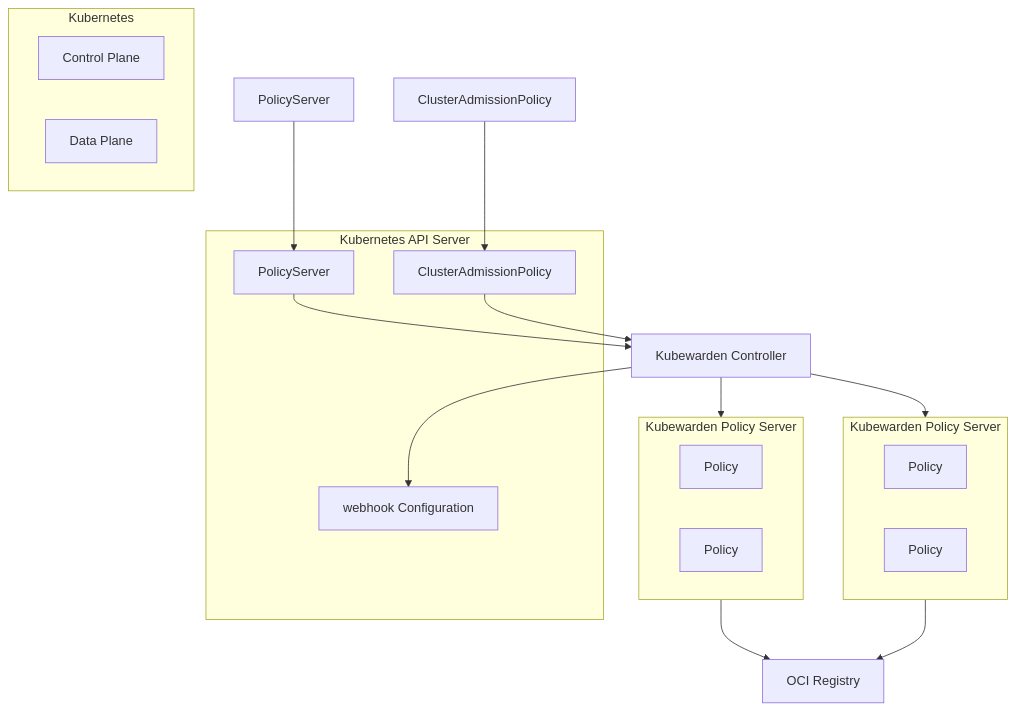
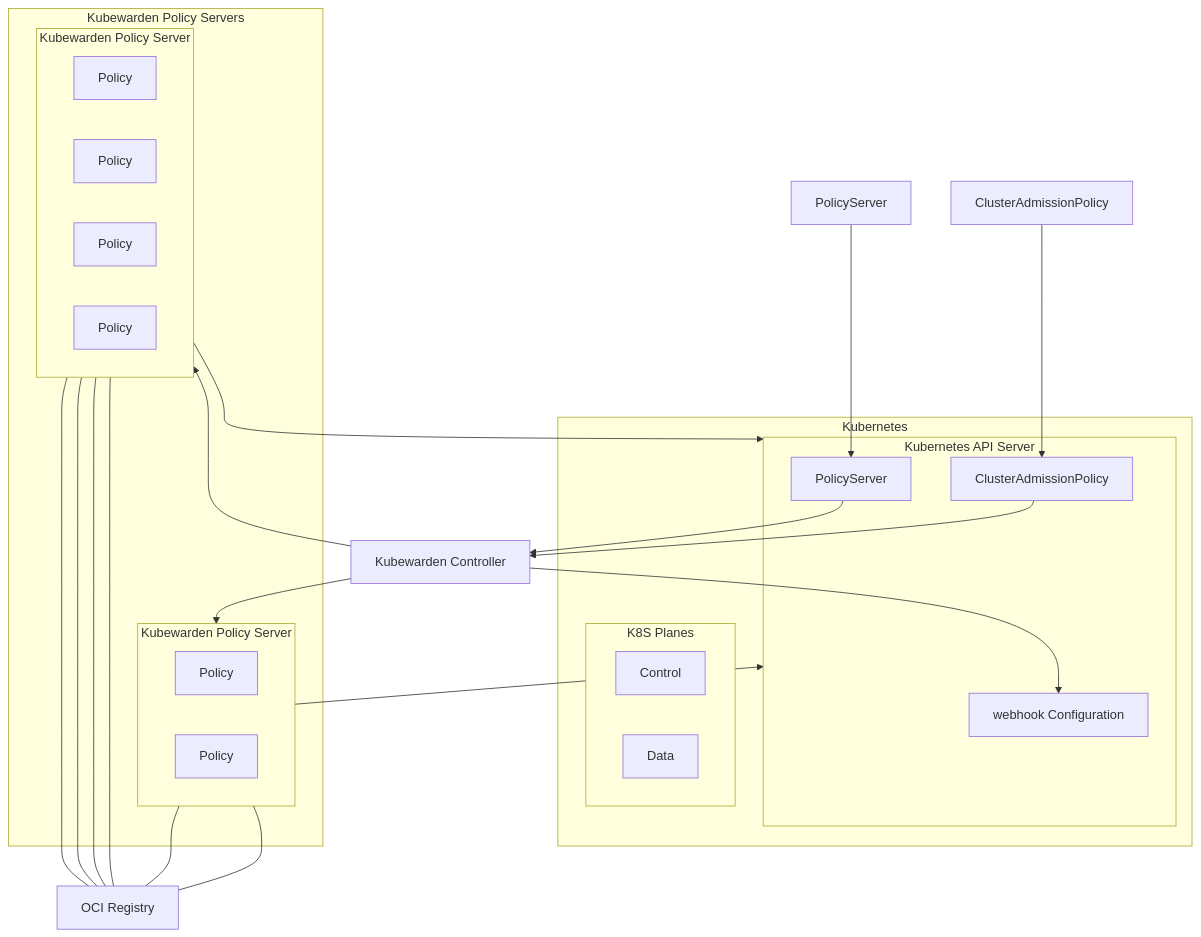
Before and after one commit to jhkrug/hw-diag: the diagram in docs/kw-arch.md, drawn with Mermaid. The commit also changed 1 other file, not shown here.

Commit message:
More with Mermaid

````diff
--- a/docs/kw-arch.md
+++ b/docs/kw-arch.md
@@ -12,38 +12,50 @@
 ```mermaid
 graph TB
     kubewarden_controller[Kubewarden Controller]
     subgraph k8s[Kubernetes]
-        k8s_control_plane[Control Plane]
-        k8s_data_plane[Data Plane]
+      subgraph kubernetes_api_server[Kubernetes API Server]
+          policy_server_in[PolicyServer]
+          cluster_admission_policy_in[ClusterAdmissionPolicy]
+          webhook_configuration[webhook Configuration]
+      end
+      subgraph planes[K8S Planes]
+      k8s_control_plane[Control]
+      k8s_data_plane[Data]
+      end
     end
     policy_server_out[PolicyServer]
     cluster_admission_policy_out[ClusterAdmissionPolicy]
     cluster_admission_policy_in[ClusterAdmissionPolicy]
-    subgraph kubernetes_api_server[Kubernetes API Server]
-        policy_server_in[PolicyServer]
-        cluster_admission_policy_in[ClusterAdmissionPolicy]
-        webhook_configuration[webhook Configuration]
-    end
     kubewarden_policy_server_1[Kubewarden Policy Server]
     kubewarden_policy_server_2[Kubewarden Policy Server]
     oci_registry[OCI Registry]
     policy_server_out --> policy_server_in
     cluster_admission_policy_out --> cluster_admission_policy_in
     policy_server_in --> kubewarden_controller
     cluster_admission_policy_in --> kubewarden_controller
     kubewarden_controller --> webhook_configuration
     kubewarden_controller --> kubewarden_policy_server_1
     kubewarden_controller --> kubewarden_policy_server_2
-    subgraph kubewarden_policy_server_1["&nbspKubewarden Policy Server&nbsp;"]
-        direction LR
-        policy_1[Policy]
-        policy_2[Policy]
+    subgraph kwps [Kubewarden Policy Servers]
+      subgraph kubewarden_policy_server_1[Kubewarden Policy Server]
+          direction LR
+          policy_1[Policy]
+          policy_2[Policy]
+      end
+      subgraph kubewarden_policy_server_2[Kubewarden Policy Server]
+          direction LR
+          policy_3[Policy]
+          policy_4[Policy]
+          policy_5[Policy]
+          policy_6[Policy]
+      end
     end
-    subgraph kubewarden_policy_server_2["&nbspKubewarden Policy Server&nbsp;"]
-        direction LR
-        policy_3[Policy]
-        policy_4[Policy]
-    end
-    kubewarden_policy_server_1 --> oci_registry
-    kubewarden_policy_server_2 --> oci_registry
+    policy_1 --- oci_registry
+    policy_2 --- oci_registry
+    policy_3 --- oci_registry
+    policy_4 --- oci_registry
+    policy_5 --- oci_registry
+    policy_6 --- oci_registry
+    kubewarden_policy_server_1 --> kubernetes_api_server
+    kubewarden_policy_server_2 --> kubernetes_api_server
 ```
````
